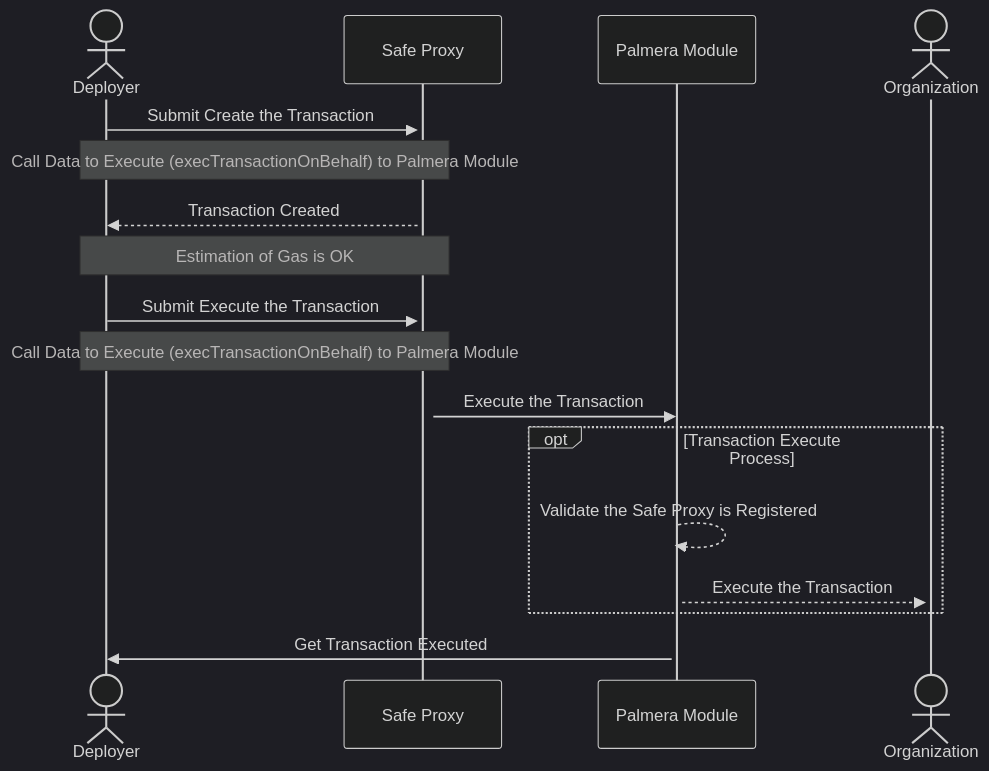
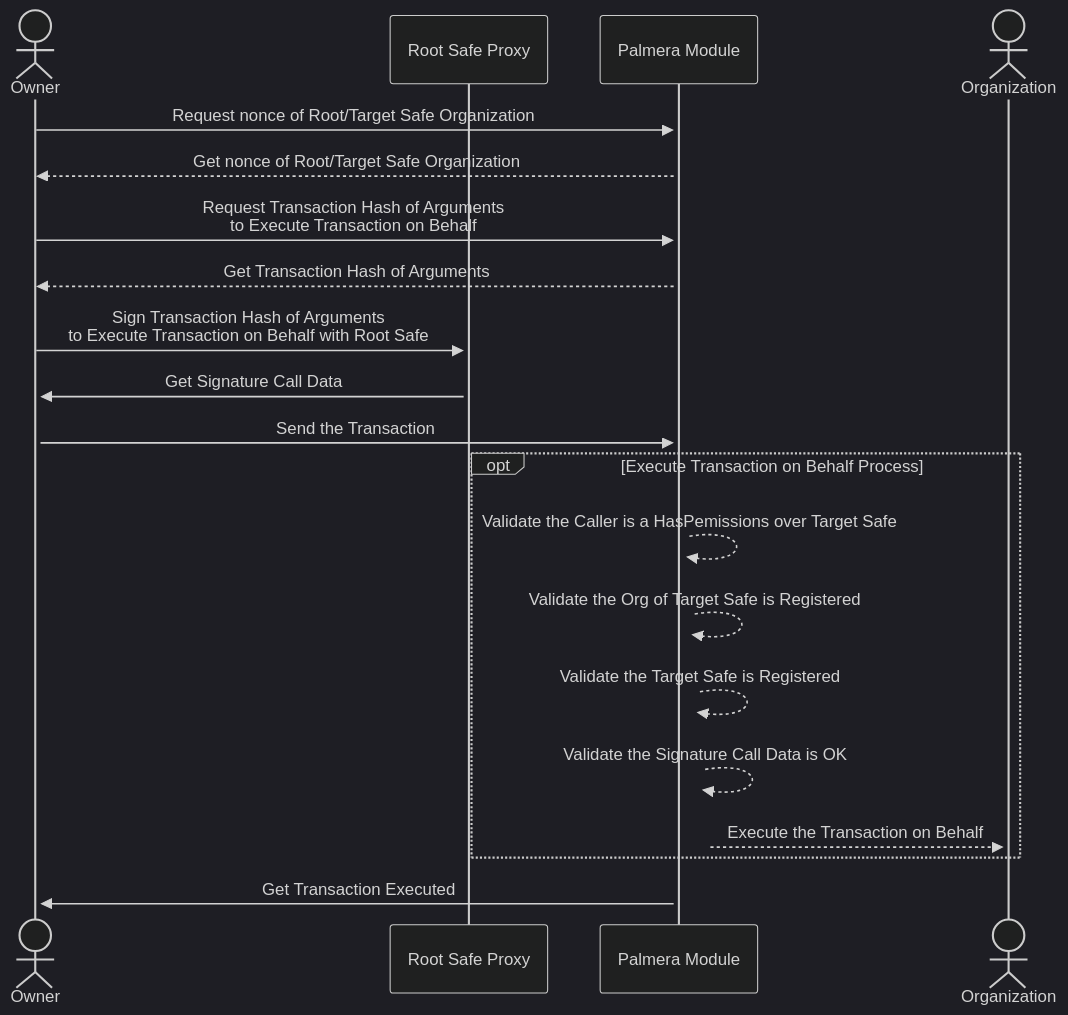
One commit to keyper-labs/PalmeraModule changed the eighth of 8 diagrams in doc/diagram/General Overview of Diagram.md. Above: the diagram before and after it, drawn with Mermaid (dark theme). The commit also changed other lines of this file, not shown here.

Commit message:
ADD: add more diagrams

````diff
--- a/doc/diagram/General Overview of Diagram.md
+++ b/doc/diagram/General Overview of Diagram.md
@@ -236,20 +240,23 @@
 ```mermaid
 sequenceDiagram
-    actor D as Deployer
-    participant S as Safe Proxy
-    participant M as Palmera Module
+    actor OW as Owner
+    participant S as Root Safe Proxy
+    participant PM as Palmera Module
     actor O as Organization
 
-    D->>+S: Submit Create the Transaction 
-    Note over D,S: Call Data to Execute (execTransactionOnBehalf) to Palmera Module
-    S-->>D: Transaction Created
-    Note over D,S: Estimation of Gas is OK
-    D->>+S: Submit Execute the Transaction
-    Note over D,S: Call Data to Execute (execTransactionOnBehalf) to Palmera Module
-    S->>M: Execute the Transaction
-    opt Transaction Execute Process
-        M-->>+M: Validate the Safe Proxy is Registered
-        M-->>+O: Execute the Transaction
+    OW->>+PM: Request nonce of Root/Target Safe Organization
+    PM-->>OW: Get nonce of Root/Target Safe Organization
+    OW->>+PM: Request Transaction Hash of Arguments <br> to Execute Transaction on Behalf
+    PM-->>OW: Get Transaction Hash of Arguments
+    OW->>+S: Sign Transaction Hash of Arguments <br> to Execute Transaction on Behalf with Root Safe
+    S->>+OW: Get Signature Call Data
+    OW->>PM: Send the Transaction
+    opt Execute Transaction on Behalf Process
+        PM-->>+PM: Validate the Caller is a HasPemissions over Target Safe
+        PM-->>+PM: Validate the Org of Target Safe is Registered
+        PM-->>+PM: Validate the Target Safe is Registered
+        PM-->>+PM: Validate the Signature Call Data is OK
+        PM-->>+O: Execute the Transaction on Behalf
     end
-    M->>D: Get Transaction Executed
+    PM->>OW: Get Transaction Executed
 ```
````
